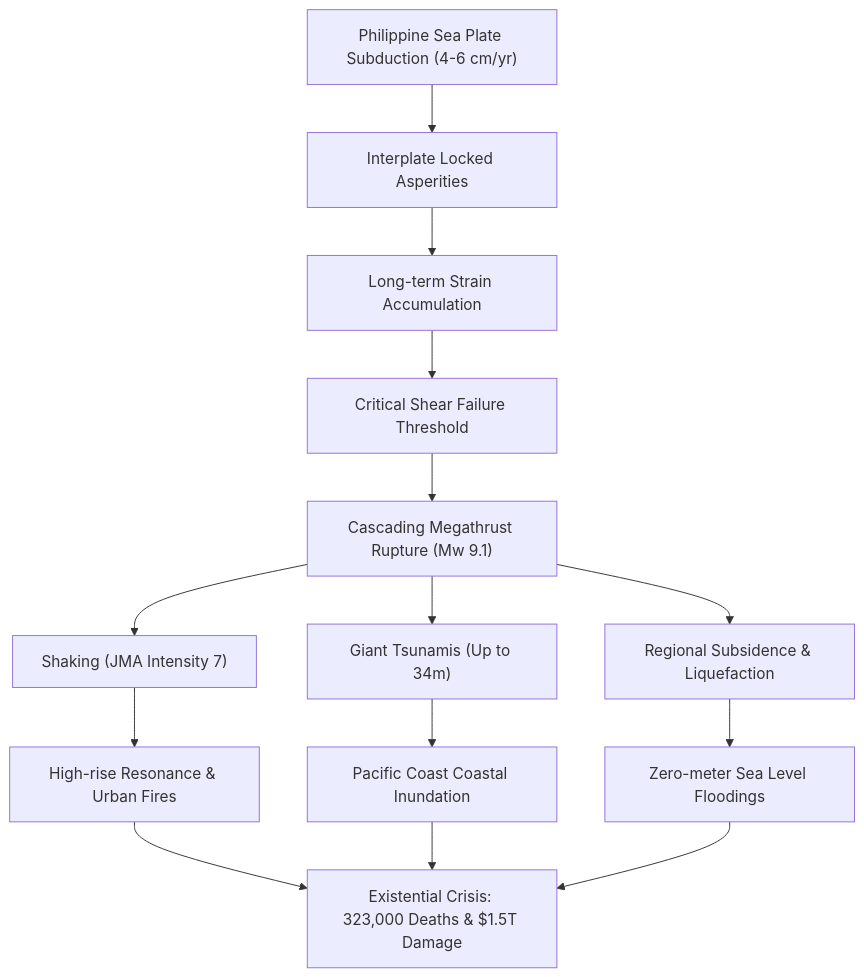
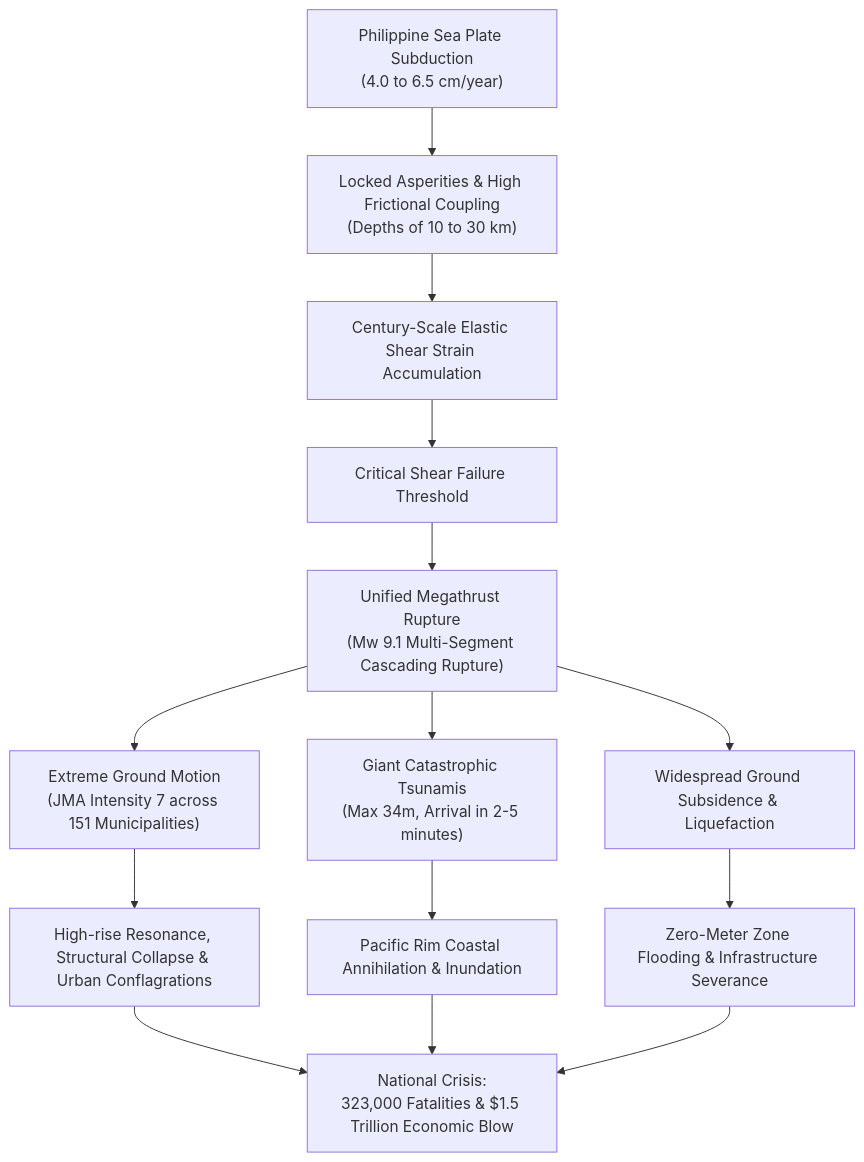
The first of 11 diagrams in content/post/nankai-trough-megathrust-earthquake-scientific-guide-disaster-prevention/index.en.md (kenjinote/blog), drawn with Mermaid before and after one commit. The commit also changed other lines of this file and 12 other files, not shown here.

Commit message:
docs: expand Nankai Trough megathrust guide to full 10-chapter depth across all 12 languages and fix markdown bold spacing

````diff
--- a/content/post/nankai-trough-megathrust-earthquake-scientific-guide-disaster-prevention/index.en.md
+++ b/content/post/nankai-trough-megathrust-earthquake-scientific-guide-disaster-prevention/index.en.md
@@ -22,16 +27,14 @@
 ```mermaid
 flowchart TD
-    P1["Philippine Sea Plate Subduction (4-6 cm/yr)"] --> P2["Interplate Locked Asperities"]
-    P2 --> P3["Long-term Strain Accumulation"]
+    P1["Philippine Sea Plate Subduction<br/>(4.0 to 6.5 cm/year)"] --> P2["Locked Asperities & High Frictional Coupling<br/>(Depths of 10 to 30 km)"]
+    P2 --> P3["Century-Scale Elastic Shear Strain Accumulation"]
     P3 --> P4["Critical Shear Failure Threshold"]
-    P4 --> P5["Cascading Megathrust Rupture (Mw 9.1)"]
-    P5 --> E1["Shaking (JMA Intensity 7)"]
-    P5 --> E2["Giant Tsunamis (Up to 34m)"]
-    P5 --> E3["Regional Subsidence & Liquefaction"]
-    E1 --> D1["High-rise Resonance & Urban Fires"]
-    E2 --> D2["Pacific Coast Coastal Inundation"]
-    E3 --> D3["Zero-meter Sea Level Floodings"]
-    D1 --> TOTAL["Existential Crisis: 323,000 Deaths & $1.5T Damage"]
-    D2 --> TOTAL
-    D3 --> TOTAL
+    P4 --> P5["Unified Megathrust Rupture<br/>(Mw 9.1 Multi-Segment Cascading Rupture)"]
+    P5 --> E1["Extreme Ground Motion<br/>(JMA Intensity 7 across 151 Municipalities)"]
+    P5 --> E2["Giant Catastrophic Tsunamis<br/>(Max 34m, Arrival in 2-5 minutes)"]
+    P5 --> E3["Widespread Ground Subsidence & Liquefaction"]
+    E1 --> D1["High-rise Resonance, Structural Collapse & Urban Conflagrations"]
+    E2 --> D2["Pacific Rim Coastal Annihilation & Inundation"]
+    E3 --> D3["Zero-Meter Zone Flooding & Infrastructure Severance"]
+    D1 & D2 & D3 --> TOTAL["National Crisis:<br/>323,000 Fatalities & $1.5 Trillion Economic Blow"]
 ```
````
